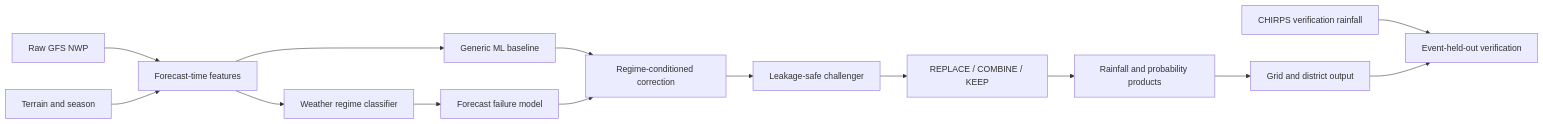
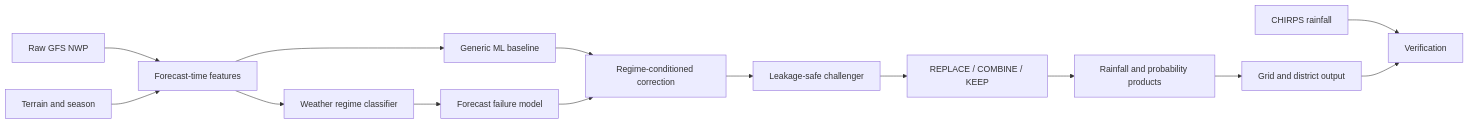
One commit to Siddhesh-00/Spectra changed the diagram in README.md. Above: the diagram before and after it, drawn with Mermaid. The commit also changed other lines of this file, not shown here.

```diff
--- a/README.md
+++ b/README.md
@@ -73,16 +65,16 @@
 ~~~mermaid
 flowchart LR
     A[Raw GFS NWP] --> B[Forecast-time features]
     T[Terrain and season] --> B
     B --> C[Weather regime classifier]
     B --> D[Generic ML baseline]
     C --> E[Forecast failure model]
     D --> F[Regime-conditioned correction]
     E --> F
     F --> G[Leakage-safe challenger]
     G --> H[REPLACE / COMBINE / KEEP]
     H --> I[Rainfall and probability products]
     I --> J[Grid and district output]
-    O[CHIRPS verification rainfall] --> K[Event-held-out verification]
+    O[CHIRPS rainfall] --> K[Verification]
     J --> K
 ~~~
```
